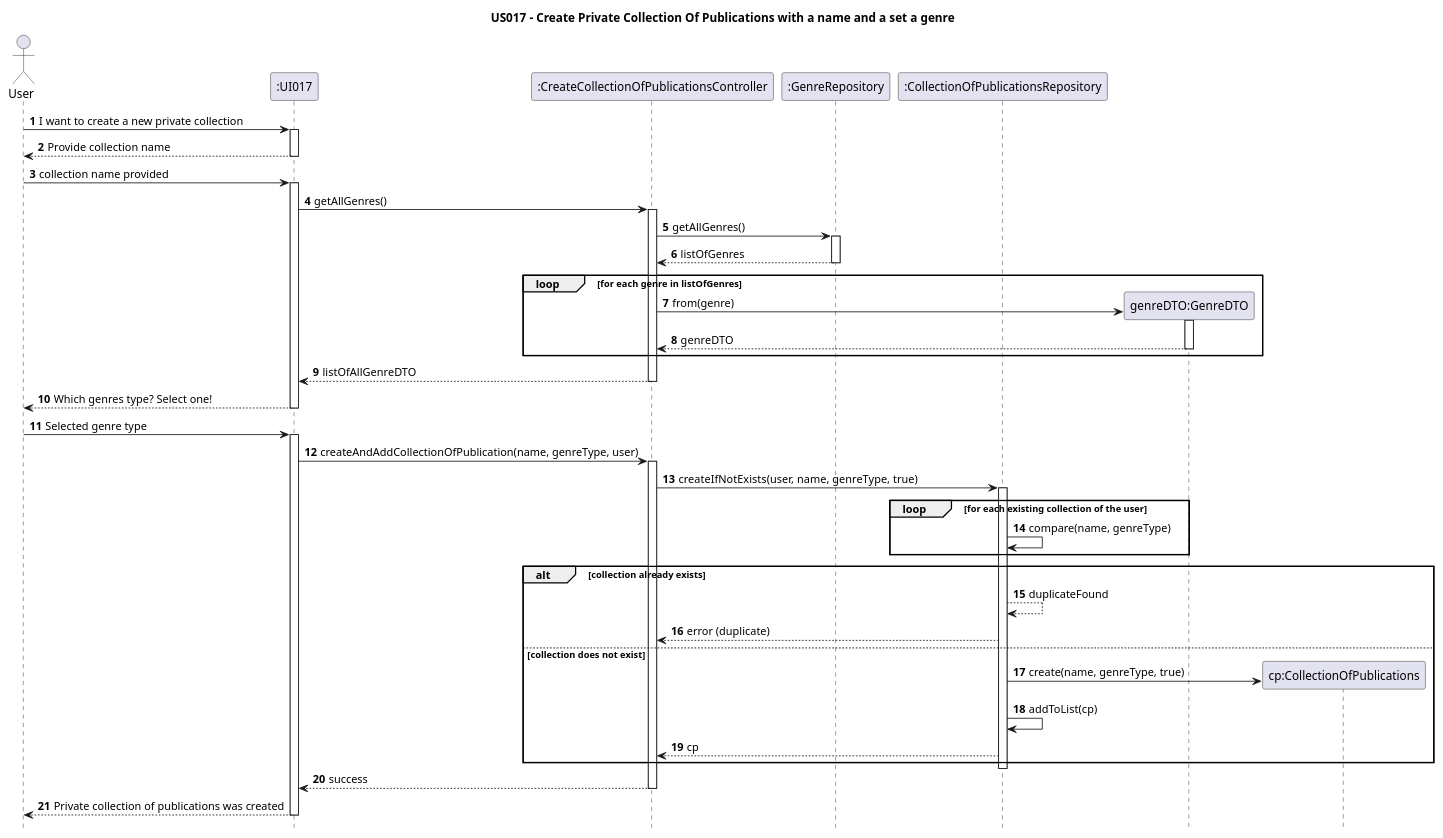
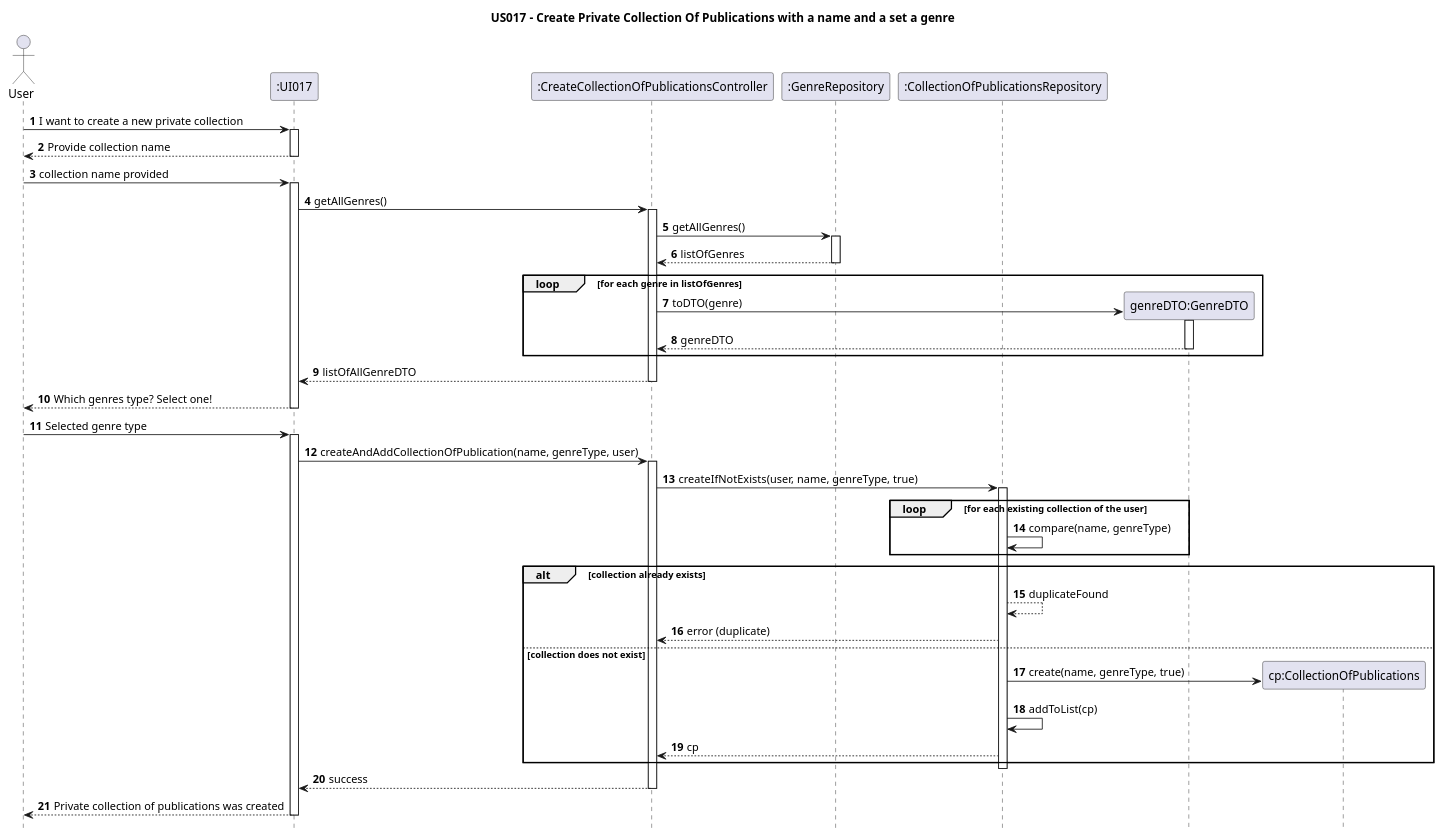
One commit to AndrePereiraGitH/SWitCH-Project-Team_A changed the diagram in Diagrams/SequenceDiagrams/N2/US017-to-create-private-publication-list.puml. Above: the diagram before and after it, drawn with PlantUML. The commit also changed 1 other file, not shown here.

```diff
--- a/Diagrams/SequenceDiagrams/N2/US017-to-create-private-publication-list.puml
+++ b/Diagrams/SequenceDiagrams/N2/US017-to-create-private-publication-list.puml
@@ -1,76 +1,76 @@
 @startuml
 hide footbox
 autonumber
 
 title US017 - Create Private Collection Of Publications with a name and a set a genre
 
 actor "User" as User
 participant ":UI017" as UI
 participant ":CreateCollectionOfPublicationsController" as Controller
 participant ":GenreRepository" as GenreRepository
 participant ":CollectionOfPublicationsRepository" as CollectionRepository
 
 User -> UI : I want to create a new private collection
 activate UI
 
 UI --> User : Provide collection name
 deactivate UI
 User -> UI : collection name provided
 activate UI
 
 UI -> Controller : getAllGenres()
 activate Controller
 
 Controller -> GenreRepository : getAllGenres()
 activate GenreRepository
 GenreRepository --> Controller : listOfGenres
 deactivate GenreRepository
 
 loop for each genre in listOfGenres
     create "genreDTO:GenreDTO"
-    Controller -> "genreDTO:GenreDTO" : from(genre)
+    Controller -> "genreDTO:GenreDTO" : toDTO(genre)
     activate "genreDTO:GenreDTO"
     "genreDTO:GenreDTO" --> Controller : genreDTO
     deactivate "genreDTO:GenreDTO"
 end
 
 Controller --> UI : listOfAllGenreDTO
 deactivate Controller
 
 UI --> User : Which genres type? Select one!
 deactivate UI
 
 User -> UI : Selected genre type
 activate UI
 
 UI -> Controller : createAndAddCollectionOfPublication(name, genreType, user)
 activate Controller
 
 Controller -> CollectionRepository : createIfNotExists(user, name, genreType, true)
 activate CollectionRepository
 
 loop for each existing collection of the user
     CollectionRepository -> CollectionRepository : compare(name, genreType)
 end
 
 alt collection already exists
     CollectionRepository --> CollectionRepository : duplicateFound
     CollectionRepository --> Controller : error (duplicate)
 
 else collection does not exist
     create "cp:CollectionOfPublications"
     CollectionRepository -> "cp:CollectionOfPublications" : create(name, genreType, true)
     CollectionRepository -> CollectionRepository : addToList(cp)
     CollectionRepository --> Controller : cp
 
 end
 
 deactivate CollectionRepository
 
 Controller --> UI : success
 deactivate Controller
 
 UI --> User : Private collection of publications was created
 deactivate UI
 
 @enduml
```
